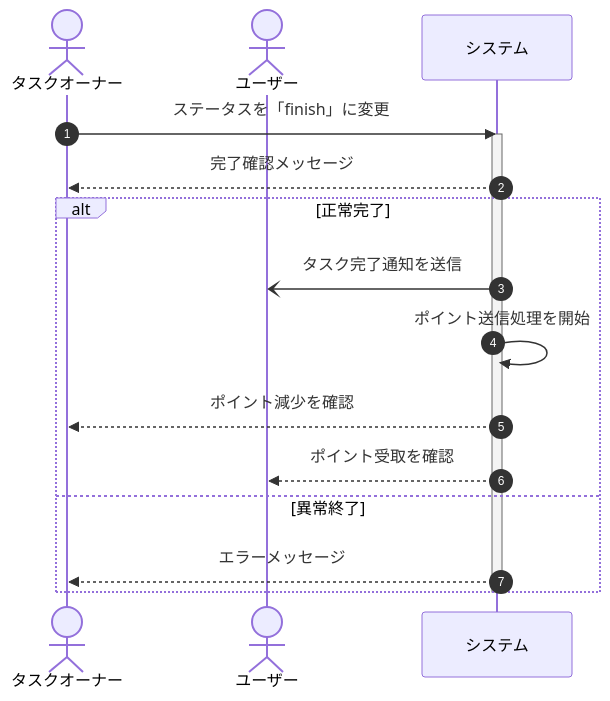
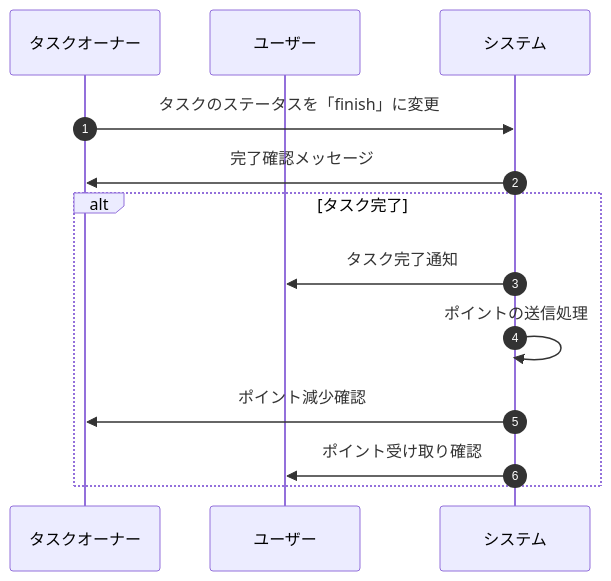
The tenth of 13 diagrams in docs/sequence-diagrams.md (sc-hosokawa/frienda), drawn with Mermaid before and after one commit. The commit also changed other lines of this file, not shown here.

First line of the commit message:
docs: Notion図に合わせてシーケンス図を修正し景品交換フローを追加

````diff
--- a/docs/sequence-diagrams.md
+++ b/docs/sequence-diagrams.md
@@ -457,22 +425,18 @@
 ```mermaid
 sequenceDiagram
     autonumber
 
-    actor Owner as タスクオーナー
-    actor User as ユーザー
+    participant TaskOwner as タスクオーナー
+    participant User as ユーザー
     participant System as システム
 
-    Owner->>System: ステータスを「finish」に変更
-    activate System
-    System-->>Owner: 完了確認メッセージ
+    TaskOwner ->> System: タスクのステータスを「finish」に変更
+    System ->> TaskOwner: 完了確認メッセージ
 
-    alt 正常完了
-        System-)User: タスク完了通知を送信
-        System->>System: ポイント送信処理を開始
-        System-->>Owner: ポイント減少を確認
-        System-->>User: ポイント受取を確認
-    else 異常終了
-        System-->>Owner: エラーメッセージ
+    alt タスク完了
+        System ->> User: タスク完了通知
+        System ->> System: ポイントの送信処理
+        System ->> TaskOwner: ポイント減少確認
+        System ->> User: ポイント受け取り確認
     end
-    deactivate System
 ```
````
